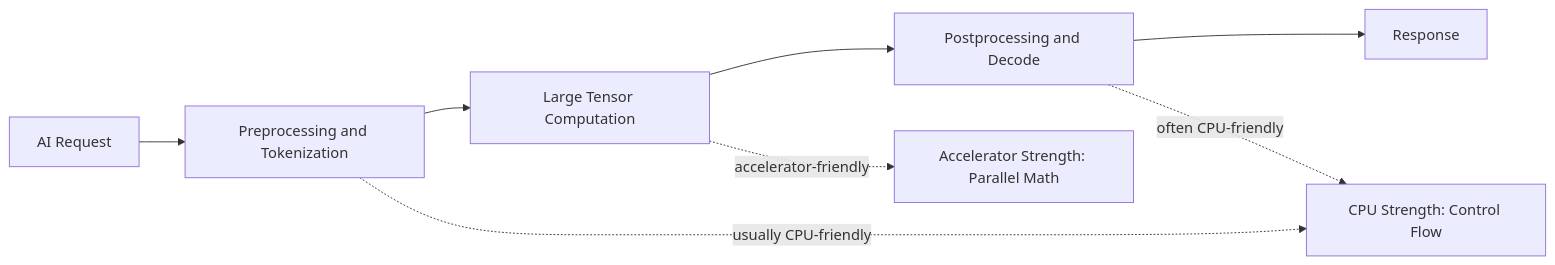
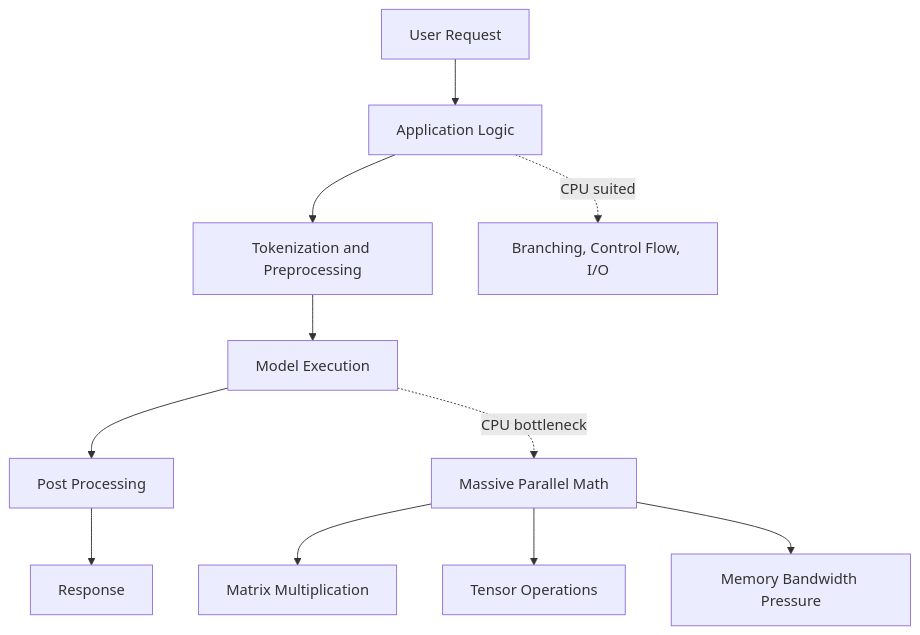
The first of 3 diagrams in docs/nvidia-zero-to-hero/volume-01/chapter-02-why-cpus-became-insufficient.md (jithinpnjm/nvidia-devops), drawn with Mermaid before and after one commit. The commit also changed other lines of this file, not shown here.

````diff
--- a/docs/nvidia-zero-to-hero/volume-01/chapter-02-why-cpus-became-insufficient.md
+++ b/docs/nvidia-zero-to-hero/volume-01/chapter-02-why-cpus-became-insufficient.md
@@ -88,20 +56,14 @@
 ```mermaid
-flowchart LR
-    request[AI Request]
-    prep[Preprocessing and Tokenization]
-    math[Large Tensor Computation]
-    decode[Postprocessing and Decode]
-    response[Response]
+flowchart TD
+    A[User Request] --> B[Application Logic]
+    B --> C[Tokenization and Preprocessing]
+    C --> D[Model Execution]
+    D --> E[Post Processing]
+    E --> F[Response]
 
-    request --> prep
-    prep --> math
-    math --> decode
-    decode --> response
-
-    cpu[CPU Strength: Control Flow]
-    accel[Accelerator Strength: Parallel Math]
-
-    prep -. usually CPU-friendly .-> cpu
-    decode -. often CPU-friendly .-> cpu
-    math -. accelerator-friendly .-> accel
+    B -. CPU suited .-> B1[Branching, Control Flow, I/O]
+    D -. CPU bottleneck .-> D1[Massive Parallel Math]
+    D1 --> D2[Matrix Multiplication]
+    D1 --> D3[Tensor Operations]
+    D1 --> D4[Memory Bandwidth Pressure]
 ```
````
